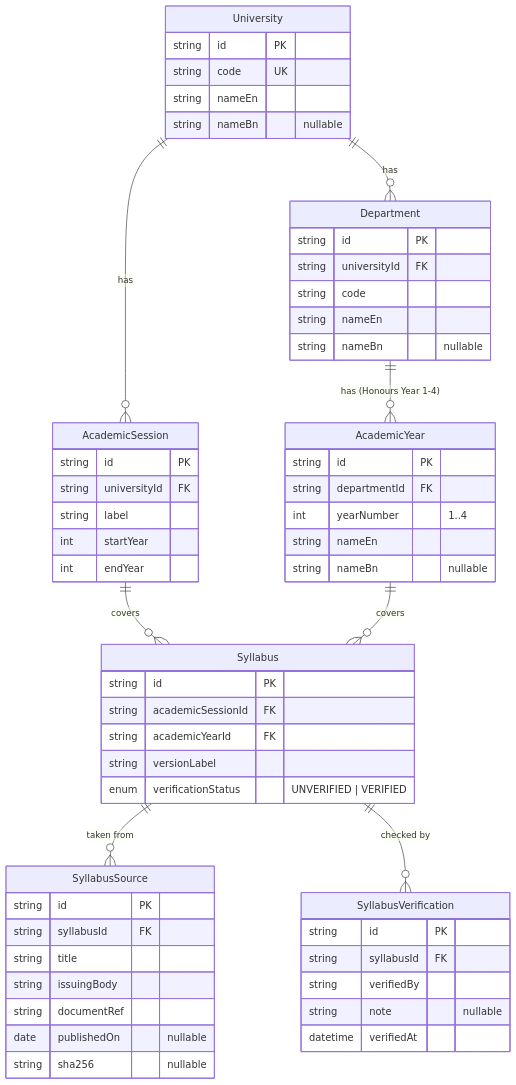
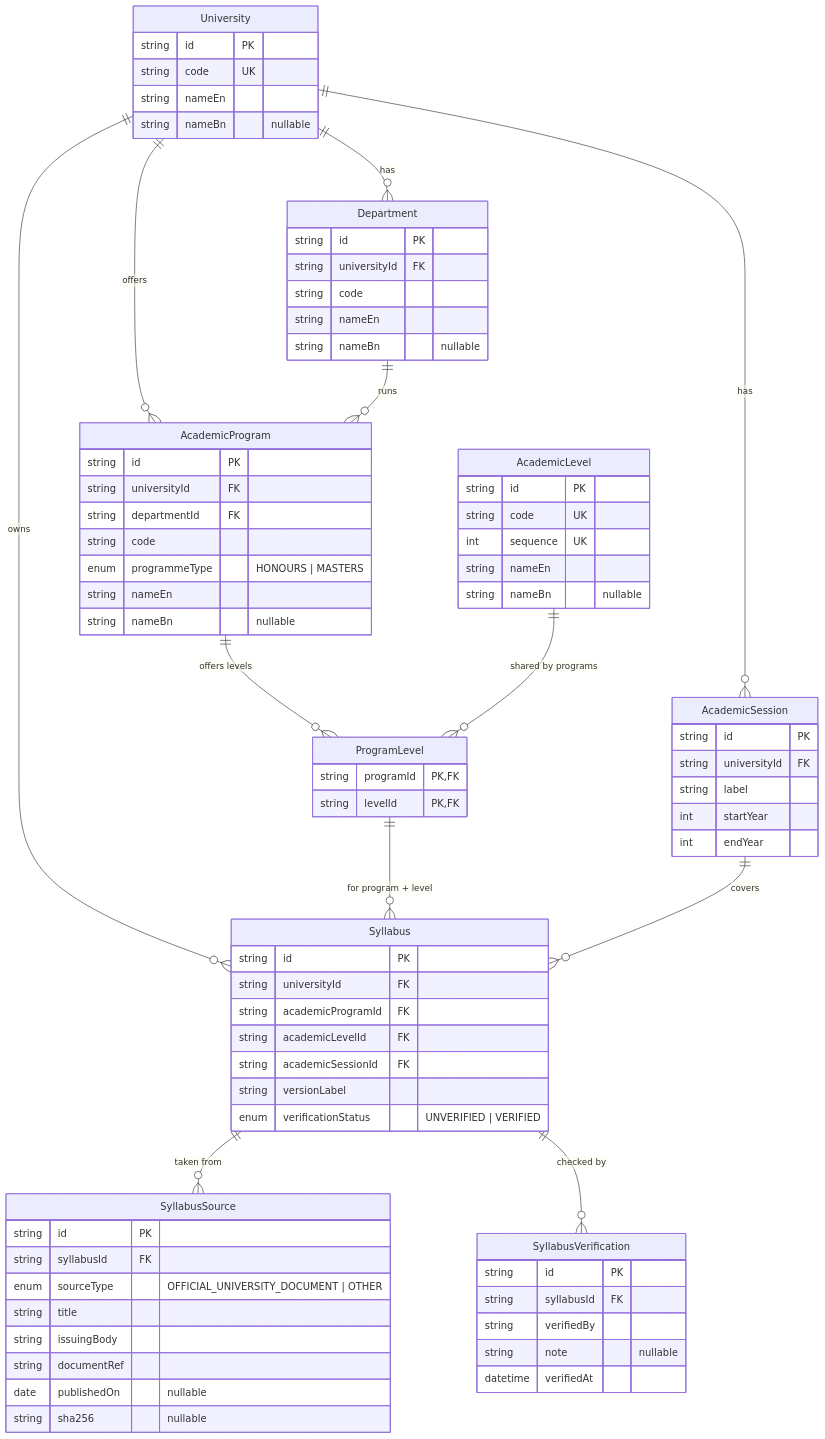
One commit to rakib-IT-ltd/english-honours-platform changed the diagram in database/documentation/ERD.md. Above: the diagram before and after it, drawn with Mermaid. The commit also changed other lines of this file and 44 other files, not shown here.

Commit message:
Support NU and DU: shared academic levels and programs

````diff
--- a/database/documentation/ERD.md
+++ b/database/documentation/ERD.md
@@ -6,18 +6,24 @@
 ```mermaid
 erDiagram
   University ||--o{ Department : has
+  University ||--o{ AcademicProgram : offers
   University ||--o{ AcademicSession : has
-  Department ||--o{ AcademicYear : "has (Honours Year 1-4)"
+  University ||--o{ Syllabus : owns
+  Department ||--o{ AcademicProgram : runs
+  AcademicProgram ||--o{ ProgramLevel : "offers levels"
+  AcademicLevel ||--o{ ProgramLevel : "shared by programs"
+  ProgramLevel ||--o{ Syllabus : "for program + level"
   AcademicSession ||--o{ Syllabus : "covers"
-  AcademicYear ||--o{ Syllabus : "covers"
   Syllabus ||--o{ SyllabusSource : "taken from"
   Syllabus ||--o{ SyllabusVerification : "checked by"
 
   University { string id PK  string code UK  string nameEn  string nameBn "nullable" }
   Department { string id PK  string universityId FK  string code  string nameEn  string nameBn "nullable" }
-  AcademicYear { string id PK  string departmentId FK  int yearNumber "1..4"  string nameEn  string nameBn "nullable" }
+  AcademicLevel { string id PK  string code UK  int sequence UK  string nameEn  string nameBn "nullable" }
+  AcademicProgram { string id PK  string universityId FK  string departmentId FK  string code  enum programmeType "HONOURS | MASTERS"  string nameEn  string nameBn "nullable" }
+  ProgramLevel { string programId PK,FK  string levelId PK,FK }
   AcademicSession { string id PK  string universityId FK  string label  int startYear  int endYear }
-  Syllabus { string id PK  string academicSessionId FK  string academicYearId FK  string versionLabel  enum verificationStatus "UNVERIFIED | VERIFIED" }
-  SyllabusSource { string id PK  string syllabusId FK  string title  string issuingBody  string documentRef  date publishedOn "nullable"  string sha256 "nullable" }
+  Syllabus { string id PK  string universityId FK  string academicProgramId FK  string academicLevelId FK  string academicSessionId FK  string versionLabel  enum verificationStatus "UNVERIFIED | VERIFIED" }
+  SyllabusSource { string id PK  string syllabusId FK  enum sourceType "OFFICIAL_UNIVERSITY_DOCUMENT | OTHER"  string title  string issuingBody  string documentRef  date publishedOn "nullable"  string sha256 "nullable" }
   SyllabusVerification { string id PK  string syllabusId FK  string verifiedBy  string note "nullable"  datetime verifiedAt }
 ```
````
